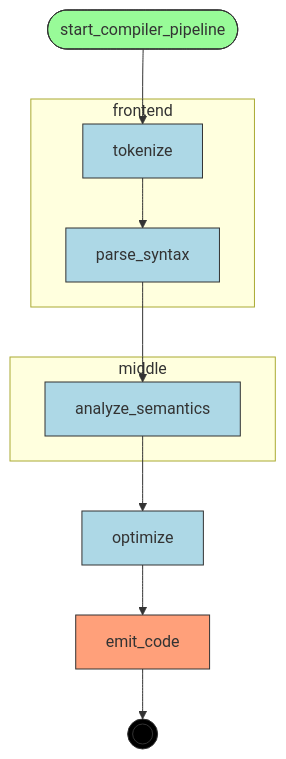
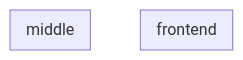
Before and after one commit to deliveryhero/asya: the diagram in examples/flows/compiled/flow_composition_nested/flow.mmd, drawn with Mermaid. The commit also changed 210 other files, not shown here.

First line of the commit message:
feat: add .asya/ config for example flows, update flow-dsl.md

```diff
--- a/examples/flows/compiled/flow_composition_nested/flow.mmd
+++ b/examples/flows/compiled/flow_composition_nested/flow.mmd
@@ -1,36 +1,14 @@
 flowchart TD
     %% Flow: compiler_pipeline
 
-    analyze_semantics[analyze_semantics]
-    emit_code[emit_code]
-    optimize[optimize]
-    parse_syntax[parse_syntax]
-    start_compiler_pipeline([start_compiler_pipeline])
-    tokenize[tokenize]
-    __end__((( )))
 
-    start_compiler_pipeline --> tokenize
-    tokenize --> parse_syntax
-    parse_syntax --> analyze_semantics
-    analyze_semantics --> optimize
-    optimize --> emit_code
-    emit_code --> __end__
     subgraph frontend[frontend]
-        tokenize
-        parse_syntax
     end
     subgraph middle[middle]
-        tokenize
-        parse_syntax
-        analyze_semantics
     end
 
     classDef start fill:#98FB98,stroke:#333
     classDef endnode fill:#FFA07A,stroke:#333
     classDef router fill:#F5DEB3,stroke:#333
     classDef handler fill:#ADD8E6,stroke:#333
     classDef endpoint fill:#000,stroke:#333,color:#fff
-    class start_compiler_pipeline start
-    class emit_code endnode
-    class analyze_semantics,optimize,parse_syntax,tokenize handler
-    class __end__ endpoint
```
